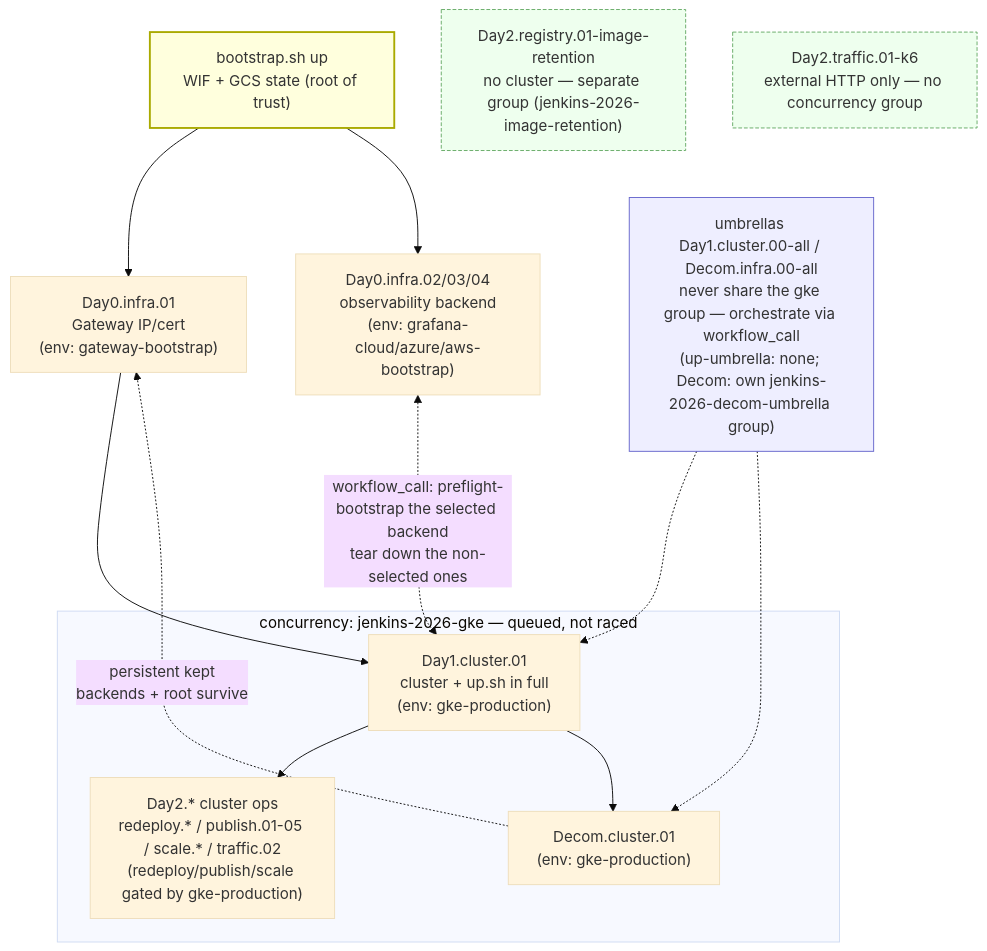
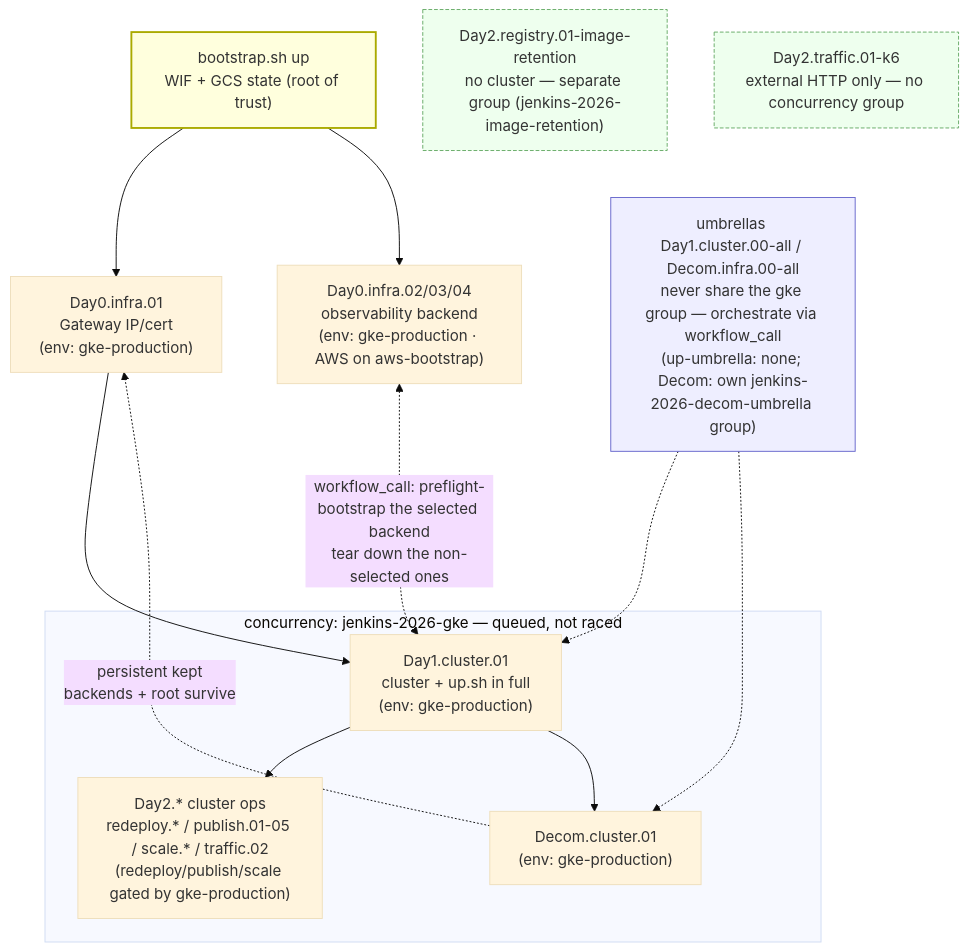
One commit to nubenetes/jenkins-2026 changed the sixth of 10 diagrams in docs/101-GITHUB_ACTIONS_WORKFLOWS.md. Above: the diagram before and after it, drawn with Mermaid (base theme). The commit also changed other lines of this file and 3 other files, not shown here.

First line of the commit message:
docs(gha): align environment-protection diagrams + setup with the aws-bootstrap exception

````diff
--- a/docs/101-GITHUB_ACTIONS_WORKFLOWS.md
+++ b/docs/101-GITHUB_ACTIONS_WORKFLOWS.md
@@ -399,26 +399,26 @@
 ```mermaid
 flowchart TD
     boot["bootstrap.sh up<br/>WIF + GCS state (root of trust)"]:::root
-    gw["Day0.infra.01<br/>Gateway IP/cert<br/>(env: gateway-bootstrap)"]
-    bk["Day0.infra.02/03/04<br/>observability backend<br/>(env: grafana-cloud/azure/aws-bootstrap)"]
+    gw["Day0.infra.01<br/>Gateway IP/cert<br/>(env: gke-production)"]
+    bk["Day0.infra.02/03/04<br/>observability backend<br/>(env: gke-production · AWS on aws-bootstrap)"]
     boot --> gw
     boot --> bk
     gw --> day1
     bk <-.->|"workflow_call: preflight-bootstrap the selected backend<br/>tear down the non-selected ones"| day1
     subgraph cc["concurrency: jenkins-2026-gke — queued, not raced"]
         day1["Day1.cluster.01<br/>cluster + up.sh in full<br/>(env: gke-production)"]
         d2["Day2.* cluster ops<br/>redeploy.* / publish.01-05 / scale.* / traffic.02<br/>(redeploy/publish/scale gated by gke-production)"]
         decom["Decom.cluster.01<br/>(env: gke-production)"]
     end
     day1 --> d2
     day1 --> decom
     decom -.->|persistent kept<br/>backends + root survive| gw
     nocc["Day2.registry.01-image-retention<br/>no cluster — separate group (jenkins-2026-image-retention)"]:::nocc
     k6nocc["Day2.traffic.01-k6<br/>external HTTP only — no concurrency group"]:::nocc
     umb["umbrellas Day1.cluster.00-all / Decom.infra.00-all<br/>never share the gke group — orchestrate via workflow_call<br/>(up-umbrella: none; Decom: own jenkins-2026-decom-umbrella group)"]:::umb
     umb -.-> day1
     umb -.-> decom
     classDef root fill:#ffd,stroke:#aa0,stroke-width:2px;
     classDef umb fill:#eef,stroke:#66c;
     classDef nocc fill:#efe,stroke:#6a6,stroke-dasharray:4 2;
 ```
````
